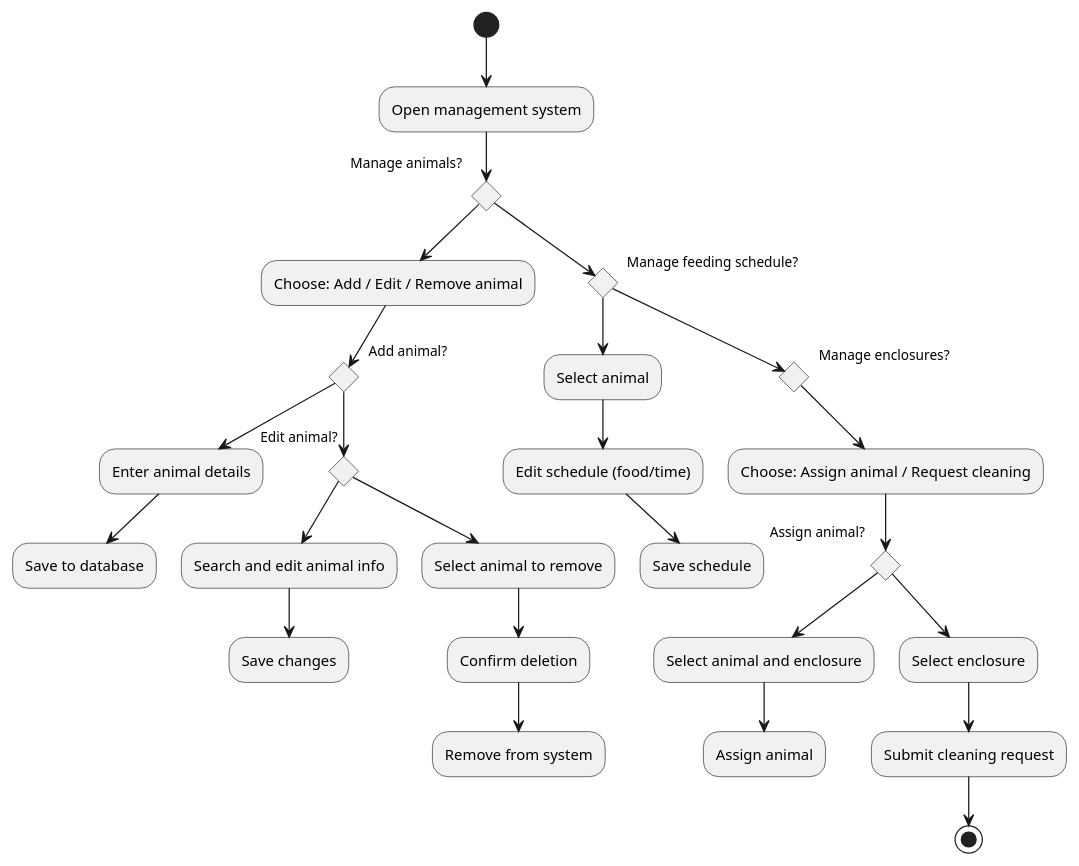
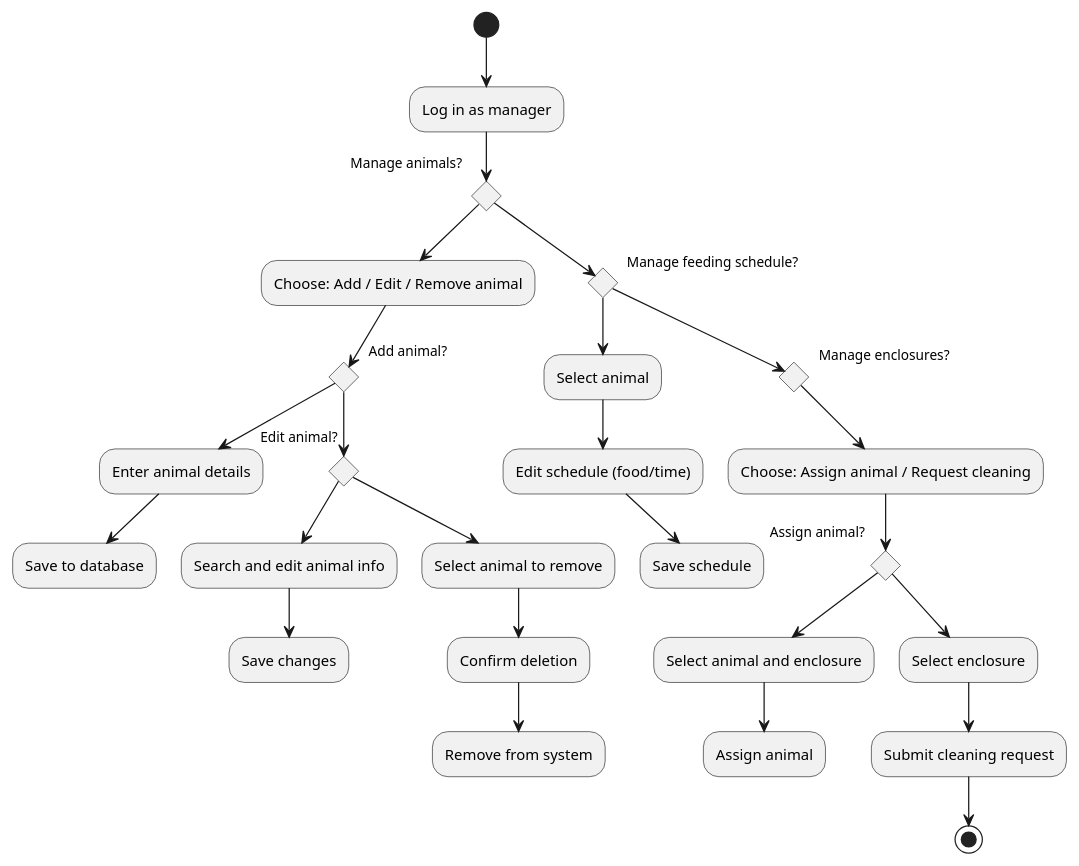
Before and after one commit to font-weight/OOD_zoo_management: the diagram in activity_manager.plantuml, drawn with PlantUML.

```diff
--- a/activity_manager.plantuml
+++ b/activity_manager.plantuml
@@ -1,40 +1,40 @@
 @startuml
-(*) --> "Open management system"
+(*) --> "Log in as manager"
 
 if "Manage animals?" then
   --> "Choose: Add / Edit / Remove animal"
   if "Add animal?" then
     --> "Enter animal details"
     --> "Save to database"
   else
     if "Edit animal?" then
       --> "Search and edit animal info"
       --> "Save changes"
     else
       --> "Select animal to remove"
       --> "Confirm deletion"
       --> "Remove from system"
     endif
   endif
 
 else
   if "Manage feeding schedule?" then
     --> "Select animal"
     --> "Edit schedule (food/time)"
     --> "Save schedule"
   else
     if "Manage enclosures?" then
       --> "Choose: Assign animal / Request cleaning"
       if "Assign animal?" then
         --> "Select animal and enclosure"
         --> "Assign animal"
       else
         --> "Select enclosure"
         --> "Submit cleaning request"
       endif
     endif
   endif
 endif
 
 --> (*)
 @enduml
```
